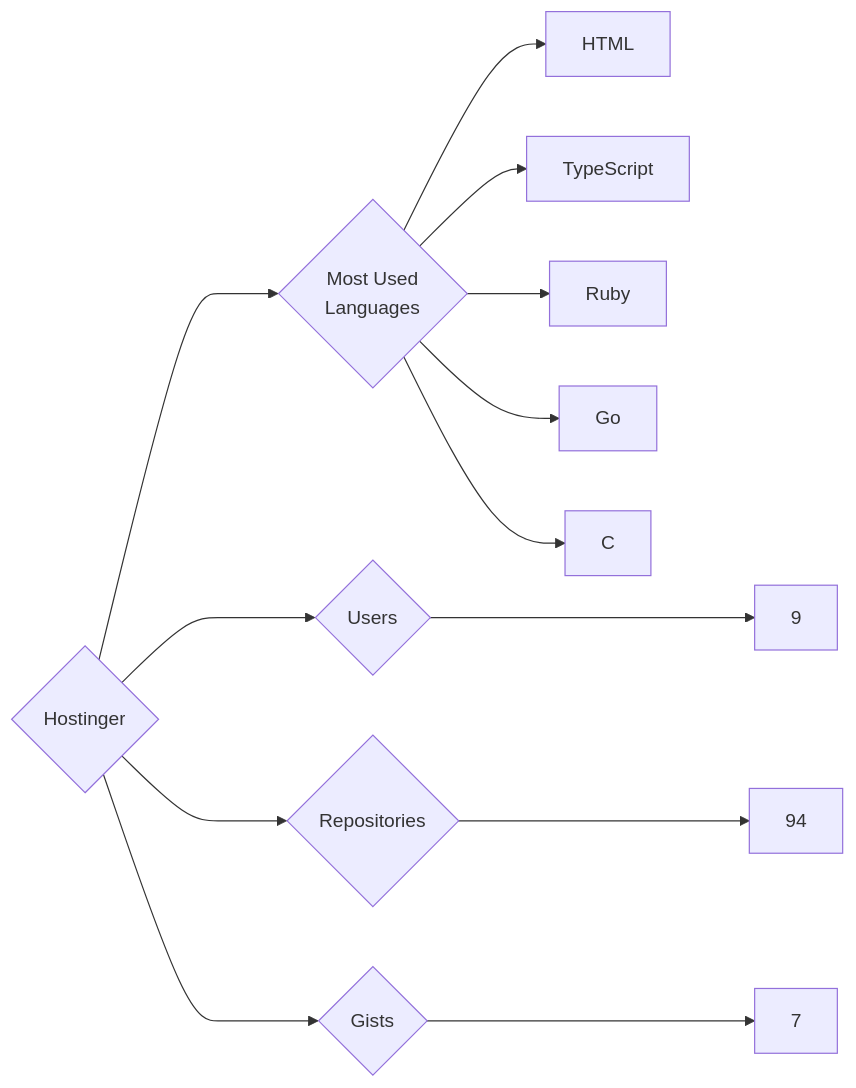
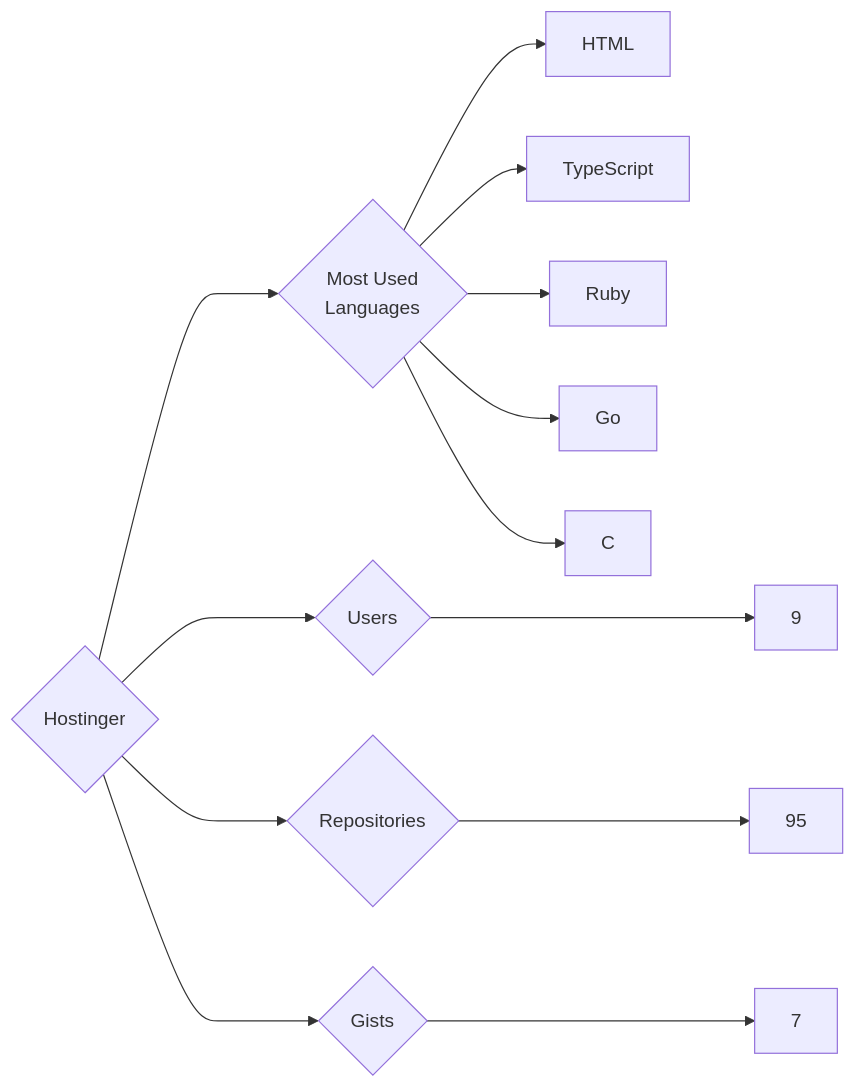
The diagram in targets/Hostinger/README.md (trickest/insiders), drawn with Mermaid before and after one commit. The commit also changed 639 other files, not shown here.

````diff
--- a/targets/Hostinger/README.md
+++ b/targets/Hostinger/README.md
@@ -3,13 +3,13 @@
 ```mermaid
 graph LR
 COMPANY_NAME{Hostinger}
 COMPANY_NAME ---> U{Users} ---> UN[9]
-COMPANY_NAME ---> R{Repositories} ---> RN[94]
+COMPANY_NAME ---> R{Repositories} ---> RN[95]
 COMPANY_NAME ---> G{Gists} ---> GN[7]
 COMPANY_NAME ---> ML{Most Used<br>Languages}
 ML --> HTML[HTML]
 ML --> TypeScript[TypeScript]
 ML --> Ruby[Ruby]
 ML --> Go[Go]
 ML --> C[C]
 ```
````
